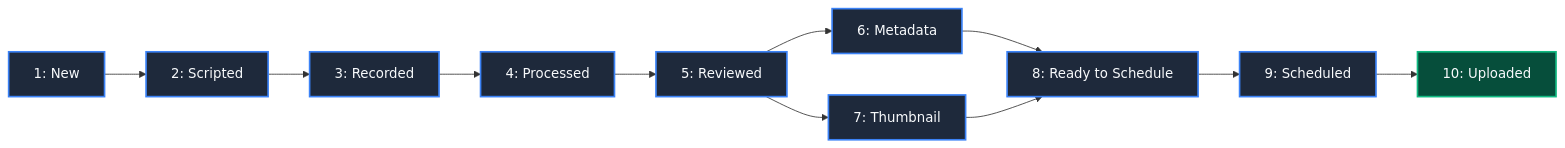
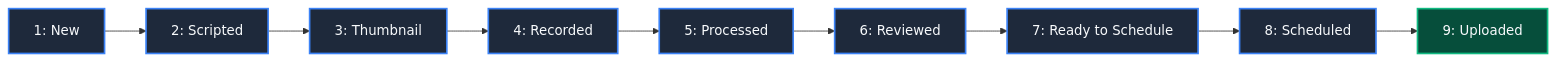
One commit to hassanaziz0012/phantom-editor changed the diagram in docs/pipelines.md. Above: the diagram before and after it, drawn with Mermaid. The commit also changed other lines of this file and 2 other files, not shown here.

First line of the commit message:
Put the thumbnail before recording in the project pipeline

````diff
--- a/docs/pipelines.md
+++ b/docs/pipelines.md
@@ -11,18 +11,16 @@
 ```mermaid
 flowchart LR
     S1[1: New] --> S2[2: Scripted]
-    S2 --> S3[3: Recorded]
-    S3 --> S4[4: Processed]
-    S4 --> S5[5: Reviewed]
-    S5 --> S6[6: Metadata]
-    S5 --> S7[7: Thumbnail]
-    S6 --> S8[8: Ready to Schedule]
-    S7 --> S8
-    S8 --> S9[9: Scheduled]
-    S9 --> S10[10: Uploaded]
+    S2 --> S3[3: Thumbnail]
+    S3 --> S4[4: Recorded]
+    S4 --> S5[5: Processed]
+    S5 --> S6[6: Reviewed]
+    S6 --> S7[7: Ready to Schedule]
+    S7 --> S8[8: Scheduled]
+    S8 --> S9[9: Uploaded]
 
     classDef stage fill:#1e293b,stroke:#3b82f6,stroke-width:2px,color:#f8fafc;
     classDef done fill:#064e3b,stroke:#10b981,stroke-width:2px,color:#f8fafc;
-    class S1,S2,S3,S4,S5,S6,S7,S8,S9 stage;
-    class S10 done;
+    class S1,S2,S3,S4,S5,S6,S7,S8 stage;
+    class S9 done;
 ```
````
